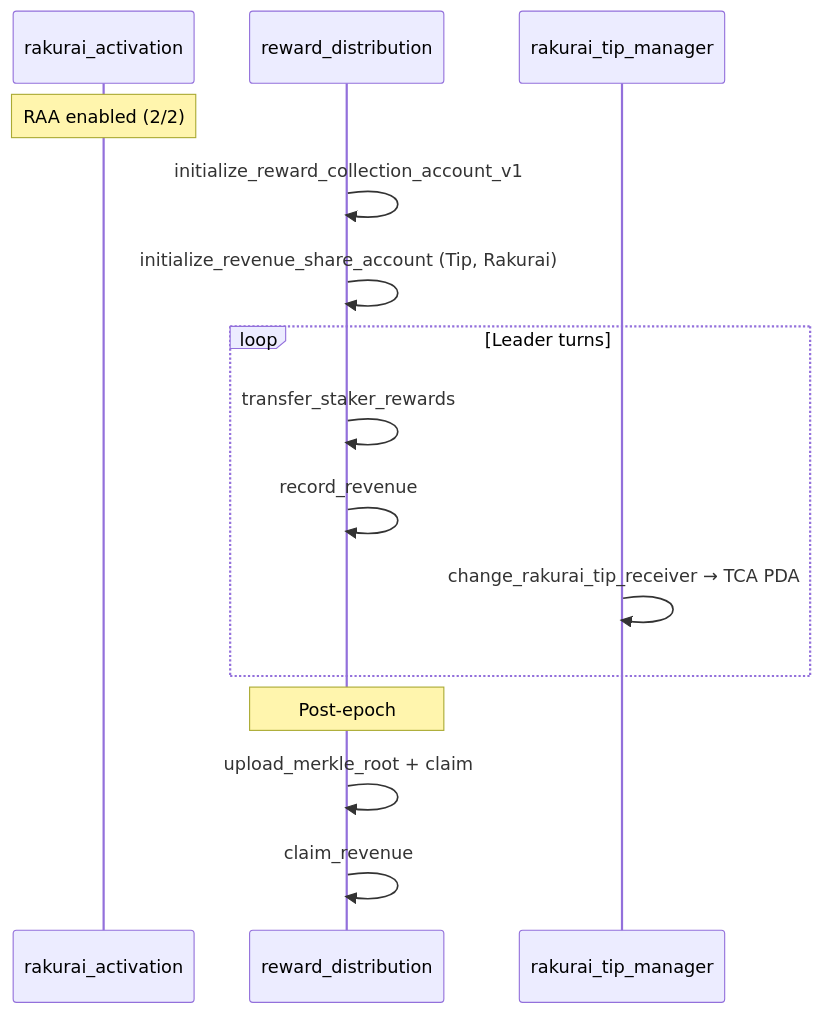
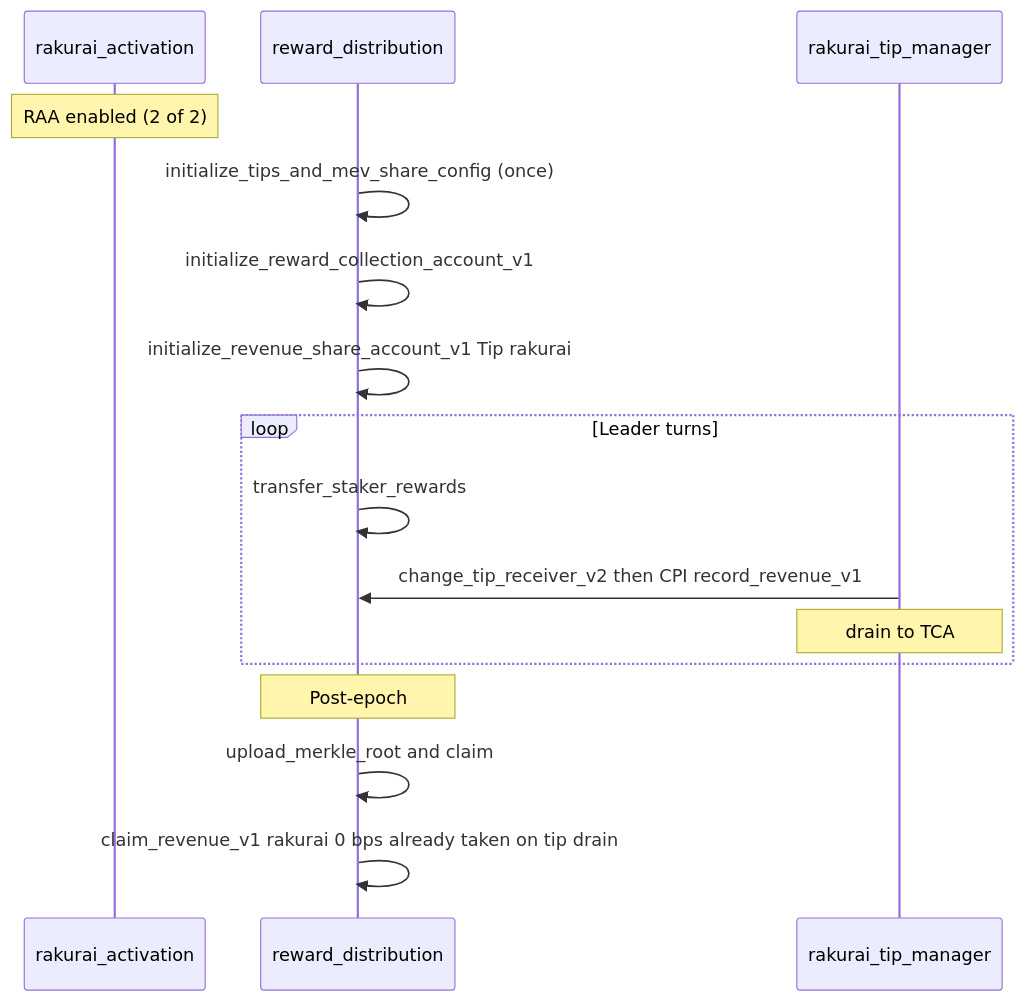
One commit to rakurai-io/rakurai_programs changed the fifth of 5 diagrams in diagram/program-flow-diagrams.md. Above: the diagram before and after it, drawn with Mermaid. The commit also changed other lines of this file and 54 other files, not shown here.

````diff
--- a/diagram/program-flow-diagrams.md
+++ b/diagram/program-flow-diagrams.md
@@ -155,18 +180,19 @@
 ```mermaid
 sequenceDiagram
     participant Act as rakurai_activation
     participant RD as reward_distribution
     participant TM as rakurai_tip_manager
 
-    Note over Act: RAA enabled (2/2)
+    Note over Act: RAA enabled (2 of 2)
+    RD->>RD: initialize_tips_and_mev_share_config (once)
     RD->>RD: initialize_reward_collection_account_v1
-    RD->>RD: initialize_revenue_share_account (Tip, Rakurai)
+    RD->>RD: initialize_revenue_share_account_v1 Tip rakurai
     loop Leader turns
         RD->>RD: transfer_staker_rewards
-        RD->>RD: record_revenue
-        TM->>TM: change_rakurai_tip_receiver → TCA PDA
+        TM->>RD: change_tip_receiver_v2 then CPI record_revenue_v1
+        Note over TM: drain to TCA
     end
     Note over RD: Post-epoch
-    RD->>RD: upload_merkle_root + claim
-    RD->>RD: claim_revenue
+    RD->>RD: upload_merkle_root and claim
+    RD->>RD: claim_revenue_v1 rakurai 0 bps already taken on tip drain
 ```
````
